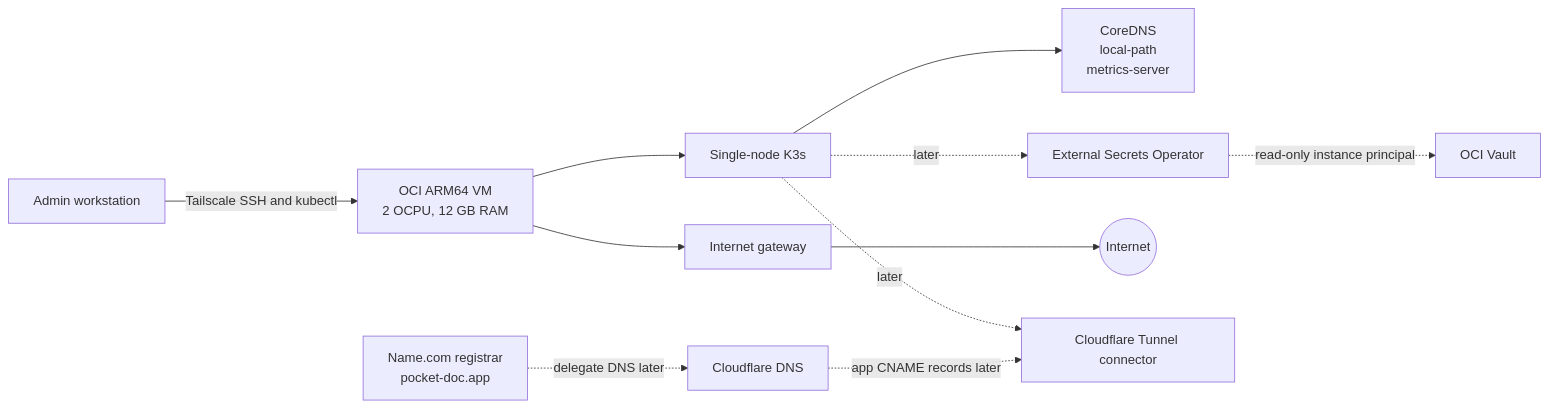
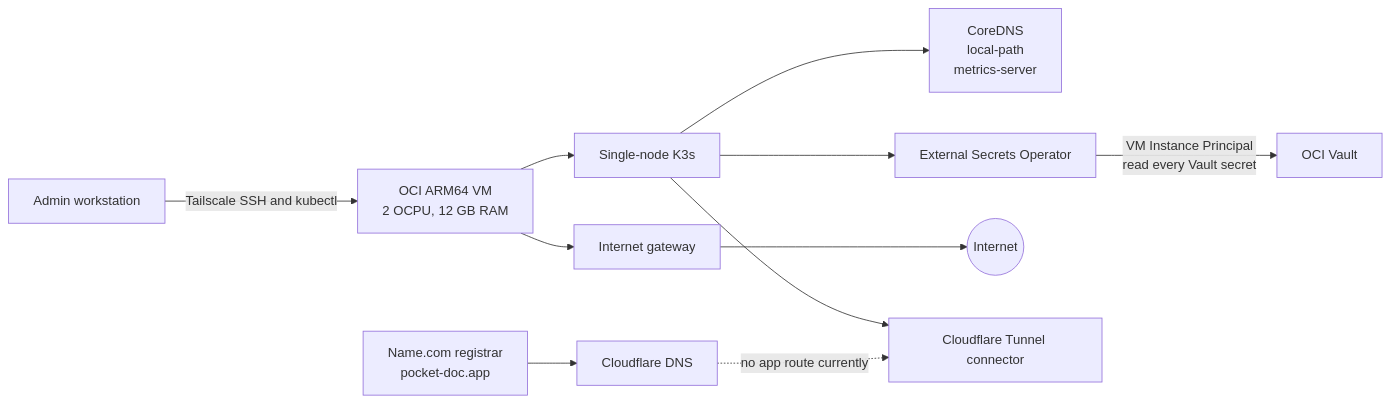
The third of 3 diagrams in README.md (Disease-Prediction-ASET26/disease-prediction-infra), drawn with Mermaid before and after one commit. The commit also changed other lines of this file and 1 other file, not shown here.

````diff
--- a/README.md
+++ b/README.md
@@ -95,11 +121,11 @@
 ```mermaid
 flowchart LR
   admin[Admin workstation] -->|Tailscale SSH and kubectl| vm[OCI ARM64 VM<br/>2 OCPU, 12 GB RAM]
   vm --> cluster[Single-node K3s] --> pods[CoreDNS<br/>local-path<br/>metrics-server]
-  cluster -. later .-> eso[External Secrets Operator]
-  eso -. read-only instance principal .-> vault[OCI Vault]
+  cluster --> eso[External Secrets Operator]
+  eso -->|VM Instance Principal<br/>read every Vault secret| vault[OCI Vault]
   vm --> gateway[Internet gateway] --> internet((Internet))
-  cluster -. later .-> tunnel[Cloudflare Tunnel connector]
-  domain[Name.com registrar<br/>pocket-doc.app] -. delegate DNS later .-> dns[Cloudflare DNS]
-  dns -. app CNAME records later .-> tunnel
+  cluster --> tunnel[Cloudflare Tunnel connector]
+  domain[Name.com registrar<br/>pocket-doc.app] --> dns[Cloudflare DNS]
+  dns -. no app route currently .-> tunnel
 ```
````
